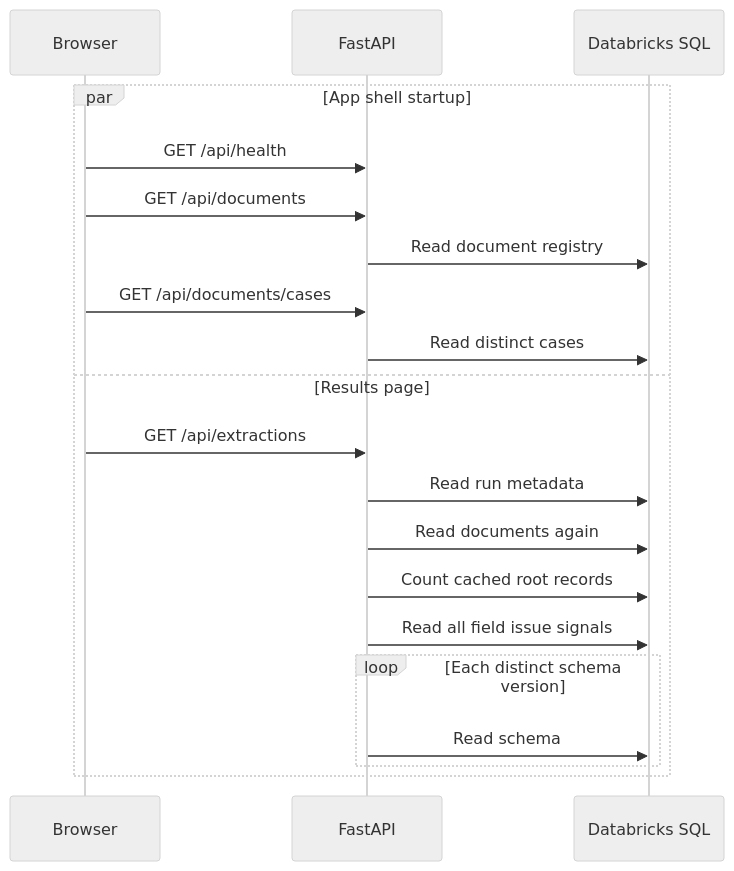
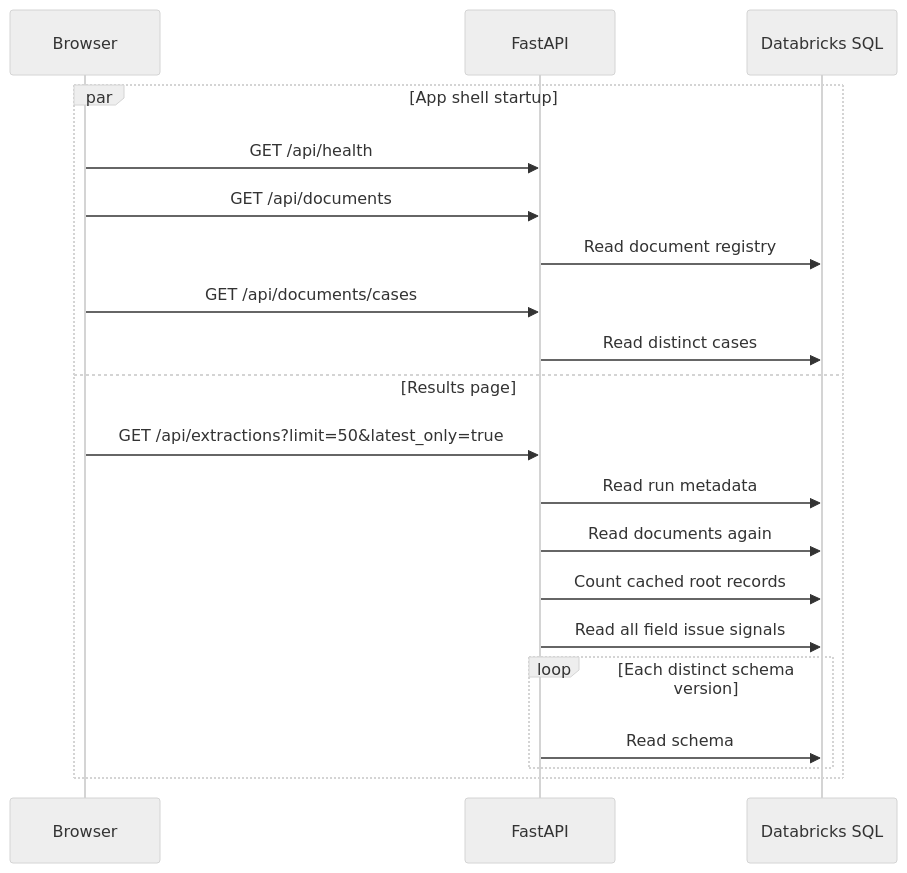
The fourth of 4 diagrams in docs/SOLUTION_GUIDE.md (samuelbrooksgilzeane/idp-mvp), drawn with Mermaid (neutral theme) before and after one commit. The commit also changed 1 other file, not shown here.

Commit message:
docs(idp): record results read-model rollout

````diff
--- a/docs/SOLUTION_GUIDE.md
+++ b/docs/SOLUTION_GUIDE.md
@@ -209,23 +209,23 @@
 ```mermaid
 sequenceDiagram
     participant Browser
     participant App as FastAPI
     participant SQL as Databricks SQL
 
     par App shell startup
         Browser->>App: GET /api/health
         Browser->>App: GET /api/documents
         App->>SQL: Read document registry
         Browser->>App: GET /api/documents/cases
         App->>SQL: Read distinct cases
     and Results page
-        Browser->>App: GET /api/extractions
+        Browser->>App: GET /api/extractions?limit=50&latest_only=true
         App->>SQL: Read run metadata
         App->>SQL: Read documents again
         App->>SQL: Count cached root records
         App->>SQL: Read all field issue signals
         loop Each distinct schema version
             App->>SQL: Read schema
         end
     end
 ```
````
